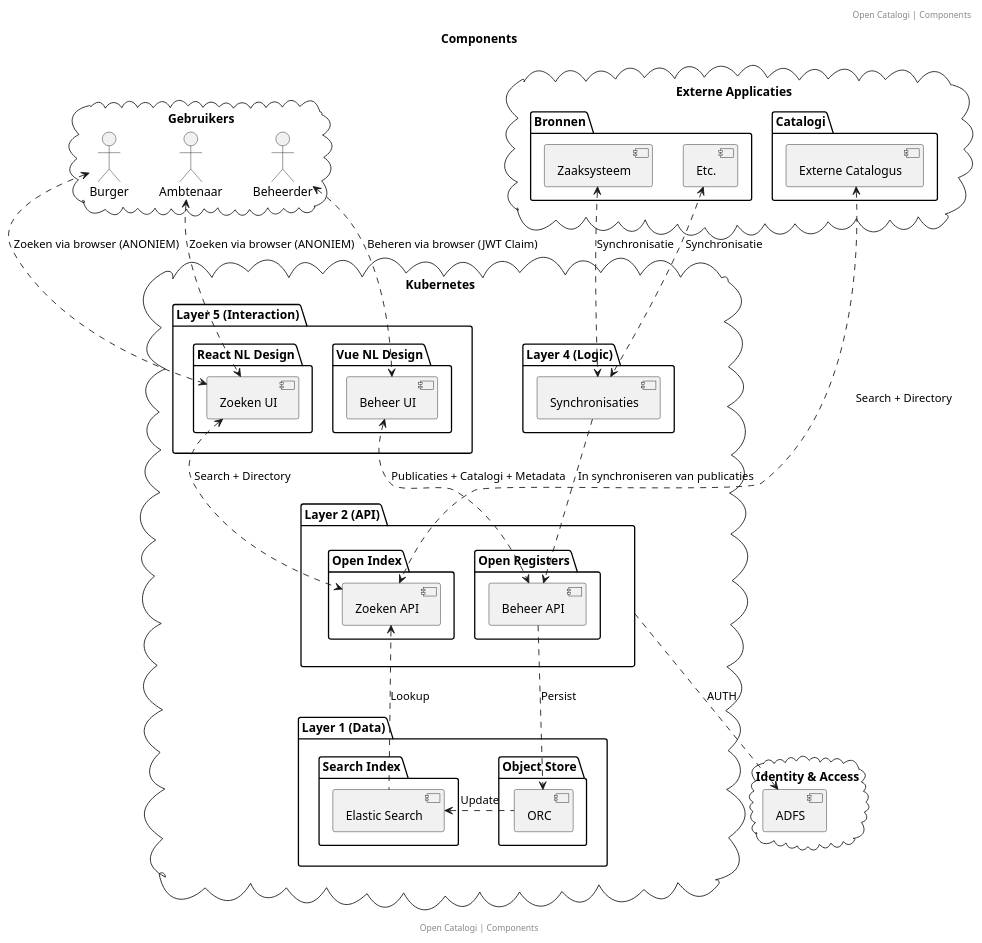
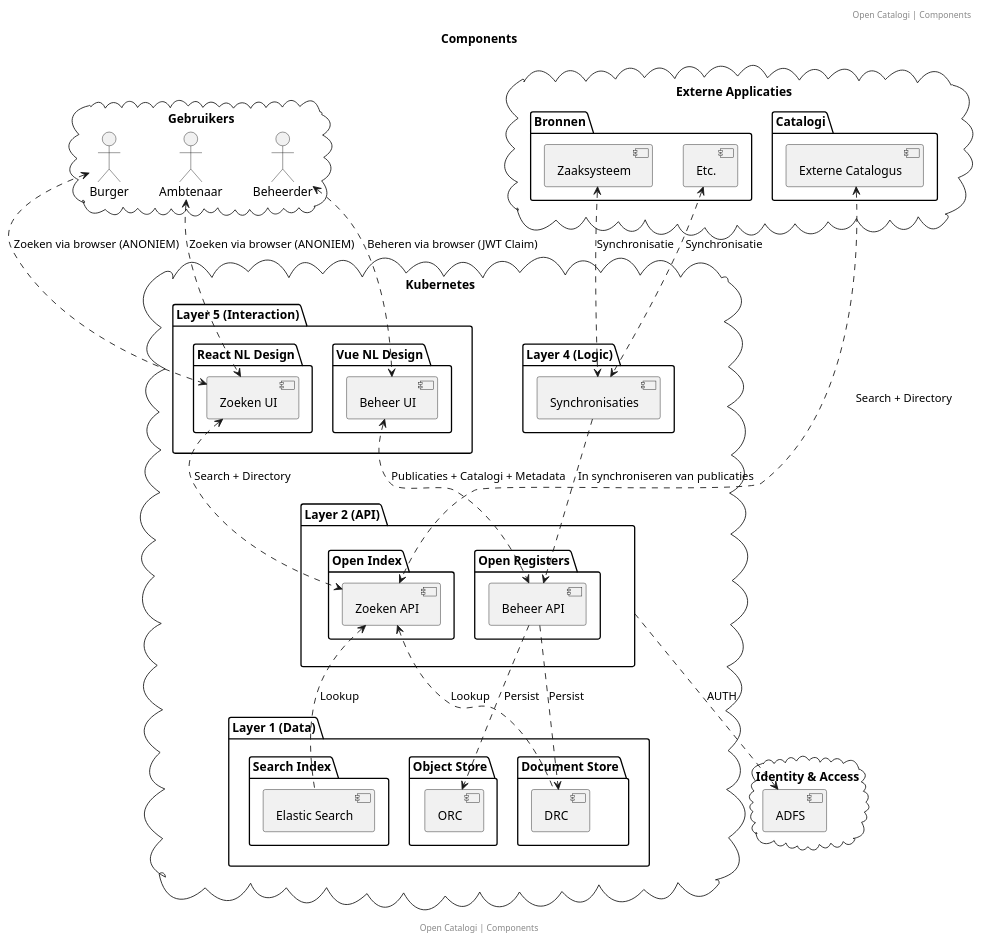
One commit to OpenCatalogi/.github changed the diagram in docs/handleidingen/componenten.puml. Above: the diagram before and after it, drawn with PlantUML. The commit also changed 1 other file, not shown here.

Commit message:
DRC toegeveogd

```diff
--- a/docs/handleidingen/componenten.puml
+++ b/docs/handleidingen/componenten.puml
@@ -1,78 +1,83 @@
 @startuml
 title: Components
 footer: Open Catalogi | Components
 header: Open Catalogi | Components
 
 cloud "Identity & Access"{
  [ADFS] as identity
 }
 
 cloud "Gebruikers"{
 actor "Burger" as burger
 actor "Ambtenaar" as medewerker
 actor "Beheerder" as adminUser
 }
 
 cloud "Externe Applicaties"{
 package "Bronnen" {
  [Zaaksysteem] as ZGW
  [Etc.] as ETC
 }
 package "Catalogi" {
  [Externe Catalogus] as externalCatalogue
 }
 }
 
 cloud "Kubernetes"{
 
 package "Layer 5 (Interaction)" {
 package "React NL Design" {
  [Zoeken UI] as ui
 }
 
 package "Vue NL Design" {
  [Beheer UI] as admin
 }
 }
 
 package "Layer 4 (Logic)" as layer4 {
  [Synchronisaties] as service
 }
 
 package "Layer 2 (API)" as layer2 {
 
 package "Open Index" {
  [Zoeken API] as SearchAPI
 }
 package "Open Registers" {
  [Beheer API] as ObjectsAPI
 }
 }
 
 package "Layer 1 (Data)" {
 
 package "Search Index" {
  [Elastic Search] as search
 }
 
 package "Object Store" {
  [ORC] as db
 }
+
+package "Document Store" {
+ [DRC] as drc
+}
 }
 
 externalCatalogue <..> SearchAPI: Search + Directory
 burger <..> ui: Zoeken via browser (ANONIEM)
 medewerker <..> ui: Zoeken via browser (ANONIEM)
 adminUser <..> admin: Beheren via browser (JWT Claim)
 
 ui <..> SearchAPI: Search + Directory
 admin <..> ObjectsAPI: Publicaties + Catalogi + Metadata
 ZGW <..> service: Synchronisatie
 ETC <..> service: Synchronisatie
 
-db .left.> search: Update
 ObjectsAPI .down.> db: Persist
+ObjectsAPI .down.> drc: Persist
 SearchAPI <.down. search: Lookup
+SearchAPI <.down. drc: Lookup
 layer2 .down.> identity: AUTH
 service .down.> ObjectsAPI: In synchroniseren van publicaties
 @enduml
```
